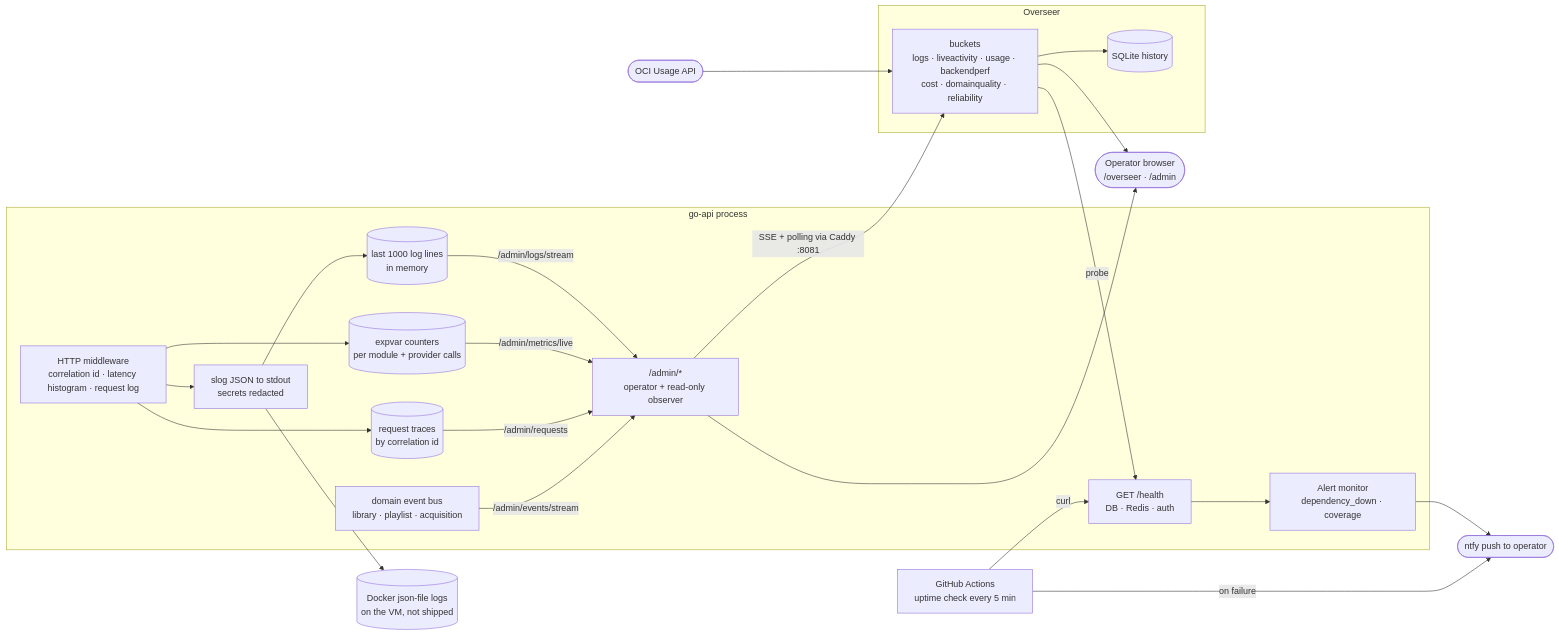
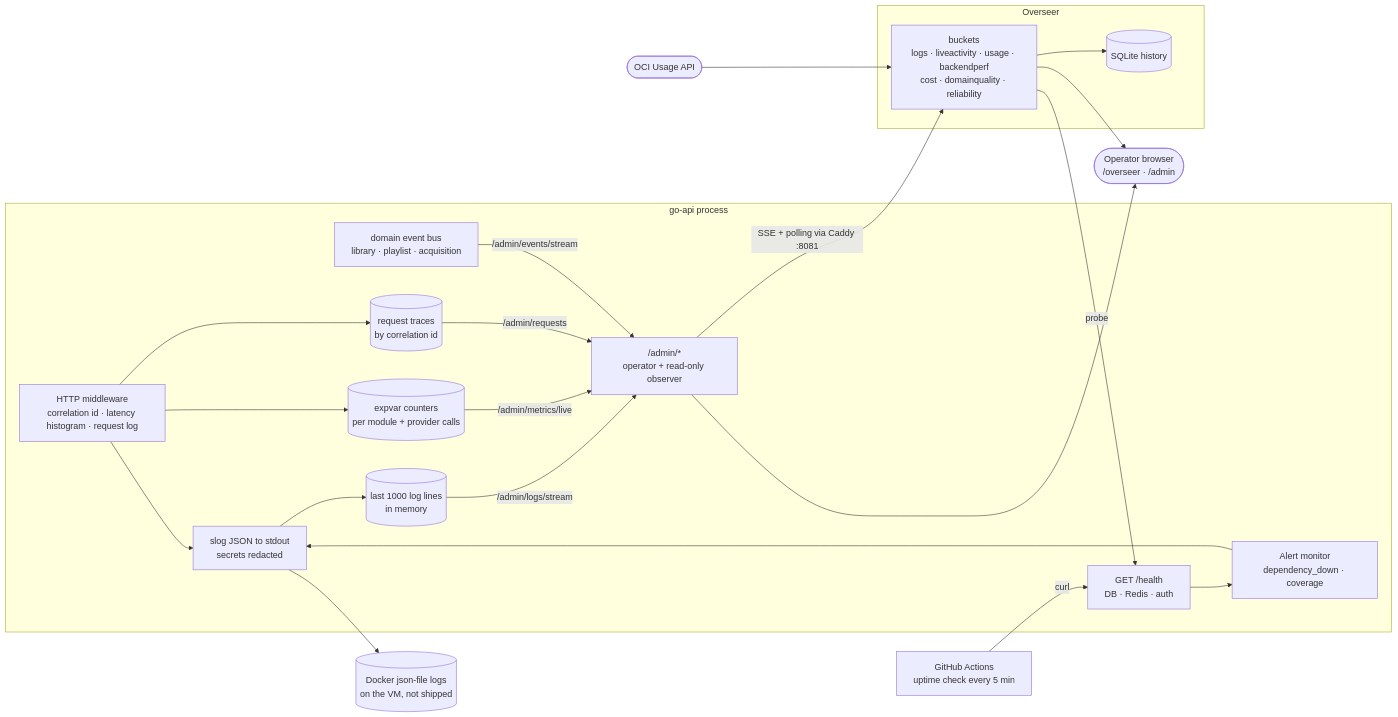
The second of 2 diagrams in docs/diagrams/telemetry.md (aleburrascano/altune), drawn with Mermaid before and after one commit. The commit also changed other lines of this file and 22 other files, not shown here.

First line of the commit message:
chore(go-api): remove ntfy alert push, log alerts instead (#2795)

````diff
--- a/docs/diagrams/telemetry.md
+++ b/docs/diagrams/telemetry.md
@@ -55,42 +54,40 @@
 ```mermaid
 flowchart LR
     subgraph goapi [go-api process]
         mw["HTTP middleware<br/>correlation id · latency histogram · request log"]
         slog["slog JSON to stdout<br/>secrets redacted"]
         ring[("last 1000 log lines<br/>in memory")]
         expvar[("expvar counters<br/>per module + provider calls")]
         reqstore[("request traces<br/>by correlation id")]
         bus["domain event bus<br/>library · playlist · acquisition"]
         health["GET /health<br/>DB · Redis · auth"]
         alertmon["Alert monitor<br/>dependency_down · coverage"]
         admin["/admin/*<br/>operator + read-only observer"]
     end
 
     docker[("Docker json-file logs<br/>on the VM, not shipped")]
-    ntfy(["ntfy push to operator"])
     uptime["GitHub Actions<br/>uptime check every 5 min"]
 
     subgraph overseer [Overseer]
         buckets["buckets<br/>logs · liveactivity · usage · backendperf<br/>cost · domainquality · reliability"]
         sqlite[("SQLite history")]
     end
     oci(["OCI Usage API"])
     operator(["Operator browser<br/>/overseer · /admin"])
 
     mw --> slog --> docker
     slog --> ring
     mw --> expvar & reqstore
     ring -->|/admin/logs/stream| admin
     expvar -->|/admin/metrics/live| admin
     reqstore -->|/admin/requests| admin
     bus -->|/admin/events/stream| admin
-    health --> alertmon --> ntfy
+    health --> alertmon --> slog
     uptime -->|curl| health
-    uptime -->|on failure| ntfy
     admin -->|SSE + polling via Caddy :8081| buckets
     buckets -->|probe| health
     oci --> buckets
     buckets --> sqlite
     buckets --> operator
     admin --> operator
 ```
````
